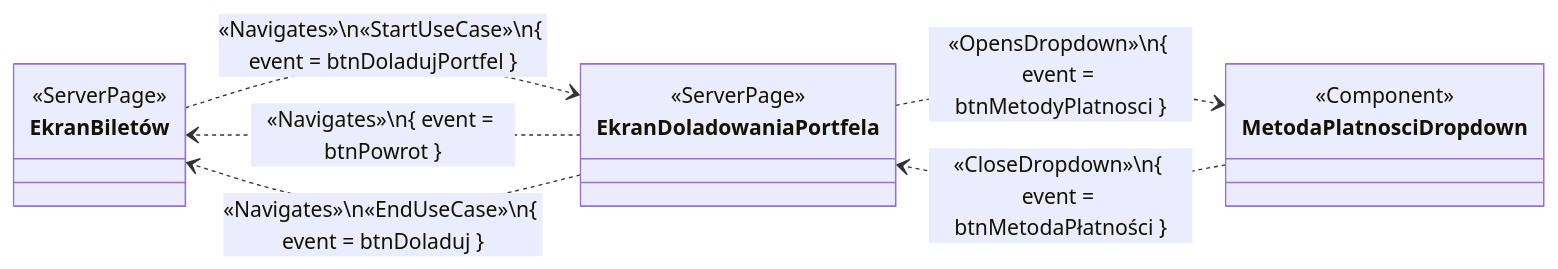
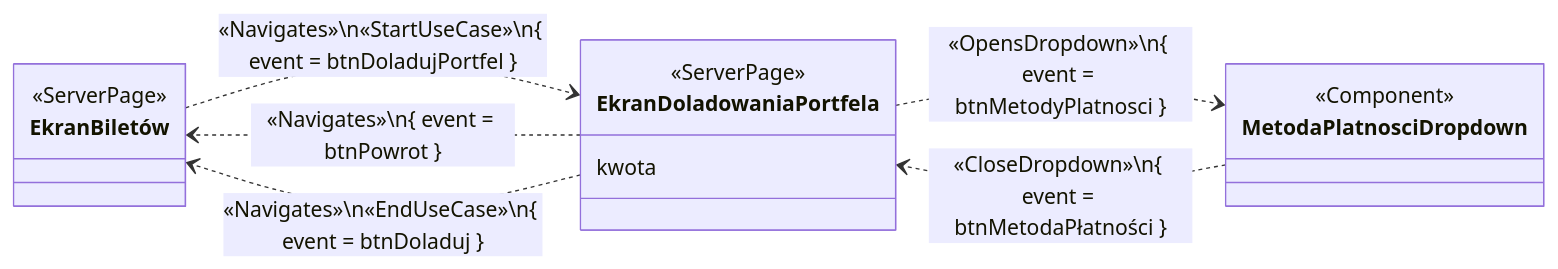
Before and after one commit to PWR-ACS-SE-24/SoftwareSystemDesign: the eighth of 9 diagrams in documentation/course/E1.md, drawn with Mermaid. The commit also changed other lines of this file, not shown here.

````diff
--- a/documentation/course/E1.md
+++ b/documentation/course/E1.md
@@ -788,13 +800,15 @@
 ```mermaid
 classDiagram
     direction LR
     class EkranBiletów { <<ServerPage>> }
-    class EkranDoladowaniaPortfela { <<ServerPage>> }
+    class EkranDoladowaniaPortfela { 
+        <<ServerPage>>
+        kwota }
     class MetodaPlatnosciDropdown { <<Component>> }
 
     EkranBiletów ..> EkranDoladowaniaPortfela: «Navigates»\n«StartUseCase»\n{ event = btnDoladujPortfel }
     EkranDoladowaniaPortfela ..> MetodaPlatnosciDropdown: «OpensDropdown»\n{ event = btnMetodyPlatnosci }
     MetodaPlatnosciDropdown ..> EkranDoladowaniaPortfela: «CloseDropdown»\n{ event = btnMetodaPłatności }
     EkranDoladowaniaPortfela ..> EkranBiletów: «Navigates»\n{ event = btnPowrot }
     EkranDoladowaniaPortfela ..> EkranBiletów: «Navigates»\n«EndUseCase»\n{ event = btnDoladuj }
 ```
````
